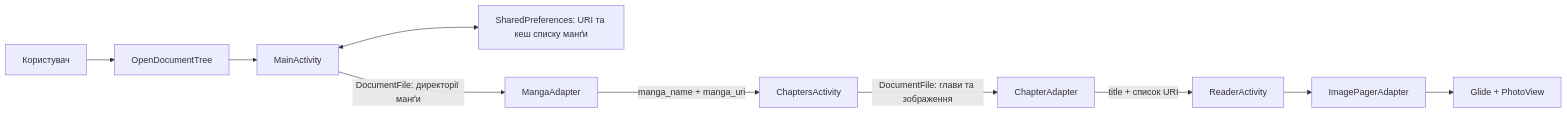
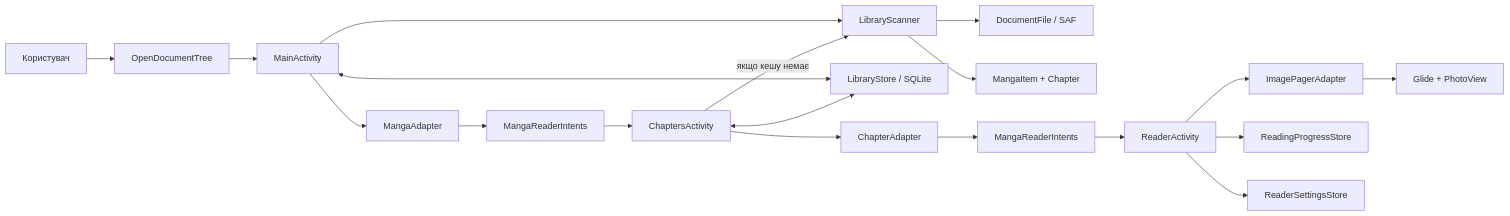
The diagram in docs/ARCHITECTURE.md (crypset/kiroku-manga-reader), drawn with Mermaid before and after one commit. The commit also changed other lines of this file and 4 other files, not shown here.

````diff
--- a/docs/ARCHITECTURE.md
+++ b/docs/ARCHITECTURE.md
@@ -19,12 +31,21 @@
 ```mermaid
 flowchart LR
     U["Користувач"] --> P["OpenDocumentTree"]
     P --> M["MainActivity"]
-    M <--> S["SharedPreferences: URI та кеш списку манґи"]
-    M -->|DocumentFile: директорії манґи| MA["MangaAdapter"]
-    MA -->|manga_name + manga_uri| C["ChaptersActivity"]
-    C -->|DocumentFile: глави та зображення| CA["ChapterAdapter"]
-    CA -->|title + список URI| R["ReaderActivity"]
+    M --> LS["LibraryScanner"]
+    LS --> SAF["DocumentFile / SAF"]
+    LS --> MI["MangaItem + Chapter"]
+    M <--> DB["LibraryStore / SQLite"]
+    M --> MA["MangaAdapter"]
+    MA --> NI["MangaReaderIntents"]
+    NI --> C["ChaptersActivity"]
+    C <--> DB
+    C -->|якщо кешу немає| LS
+    C --> CA["ChapterAdapter"]
+    CA --> RI["MangaReaderIntents"]
+    RI --> R["ReaderActivity"]
     R --> IPA["ImagePagerAdapter"]
-    IPA --> G["Glide + PhotoView"]
+    IPA --> GP["Glide + PhotoView"]
+    R --> RP["ReadingProgressStore"]
+    R --> RS["ReaderSettingsStore"]
 ```
````
